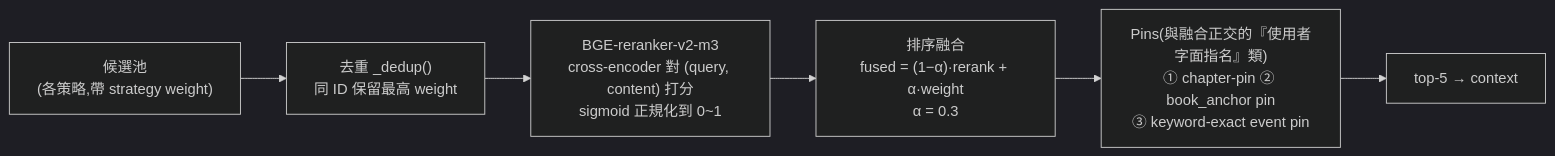
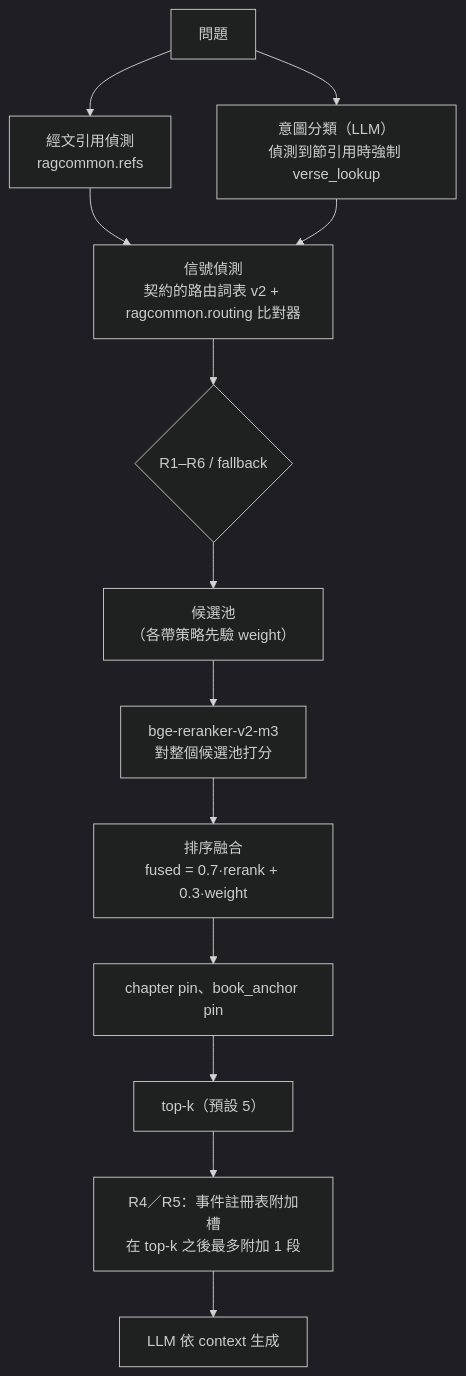
Before and after one commit to KenZx0521/Bible_RAG: the second of 3 diagrams in docs/ARCHITECTURE.md, drawn with Mermaid (dark theme). The commit also changed other lines of this file and 10 other files, not shown here.

First line of the commit message:
docs: 改寫 ARCHITECTURE 與 README 為分層重建後的系統，刪除被取代的舊文件

````diff
--- a/docs/ARCHITECTURE.md
+++ b/docs/ARCHITECTURE.md
@@ -530,8 +196,14 @@
 ```mermaid
-flowchart LR
-    POOL["候選池<br/>(各策略,帶 strategy weight)"] --> DEDUP["去重 _dedup()<br/>同 ID 保留最高 weight"]
-    DEDUP --> RR["BGE-reranker-v2-m3<br/>cross-encoder 對 (query, content) 打分<br/>sigmoid 正規化到 0~1"]
-    RR --> FUSE["排序融合<br/>fused = (1−α)·rerank + α·weight<br/>α = 0.3"]
-    FUSE --> PIN["Pins(與融合正交的『使用者字面指名』類)<br/>① chapter-pin ② book_anchor pin<br/>③ keyword-exact event pin"]
-    PIN --> TOP["top-5 → context"]
+flowchart TD
+    Q["問題"] --> REF["經文引用偵測<br/>ragcommon.refs"]
+    Q --> INT["意圖分類（LLM）<br/>偵測到節引用時強制 verse_lookup"]
+    REF & INT --> SIG["信號偵測<br/>契約的路由詞表 v2 + ragcommon.routing 比對器"]
+    SIG --> RT{"R1–R6 / fallback"}
+    RT --> POOL["候選池<br/>（各帶策略先驗 weight）"]
+    POOL --> RR["bge-reranker-v2-m3<br/>對整個候選池打分"]
+    RR --> FUSE["排序融合<br/>fused = 0.7·rerank + 0.3·weight"]
+    FUSE --> PIN["chapter pin、book_anchor pin"]
+    PIN --> TOPK["top-k（預設 5）"]
+    TOPK --> AUX["R4／R5：事件註冊表附加槽<br/>在 top-k 之後最多附加 1 段"]
+    AUX --> GEN["LLM 依 context 生成"]
 ```
````
